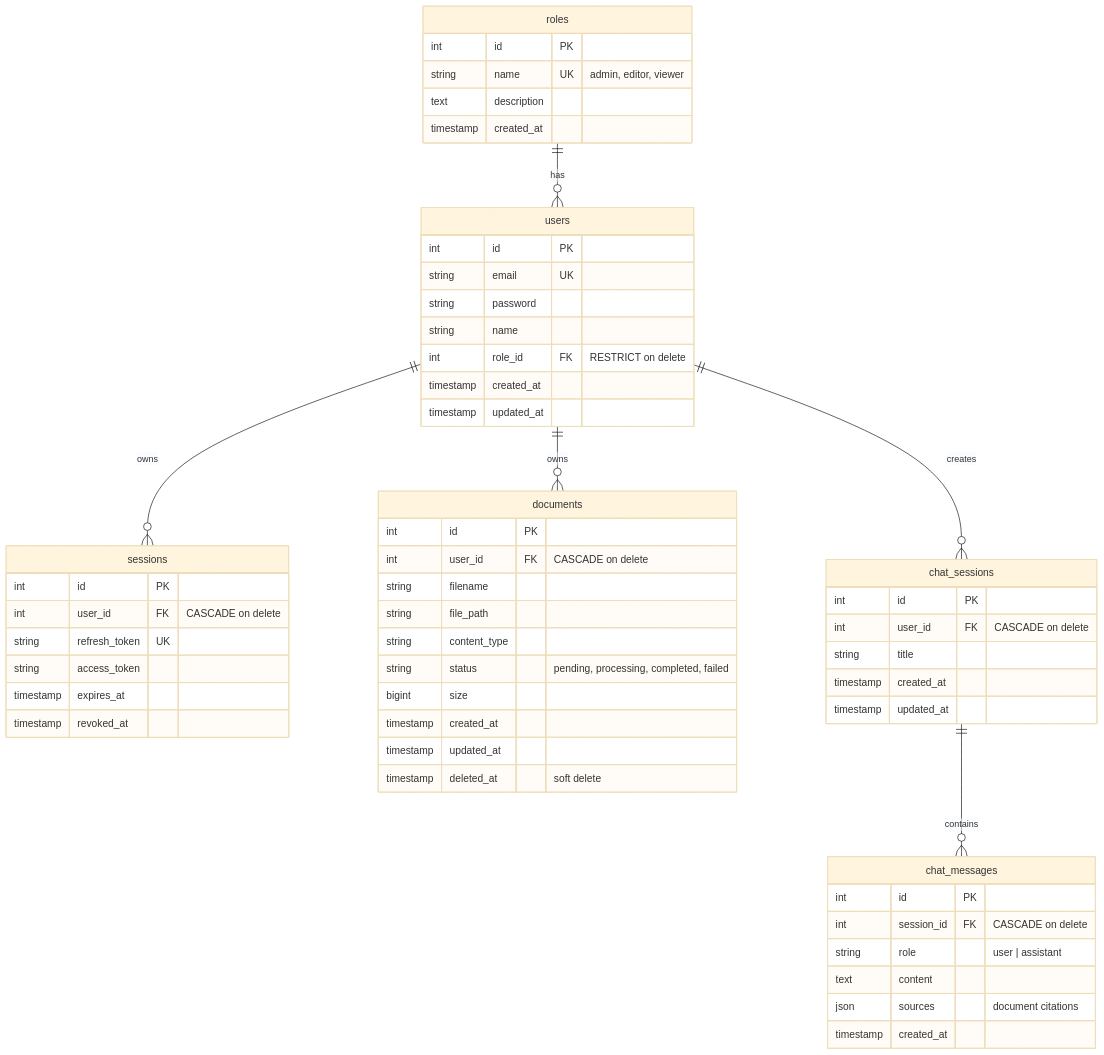
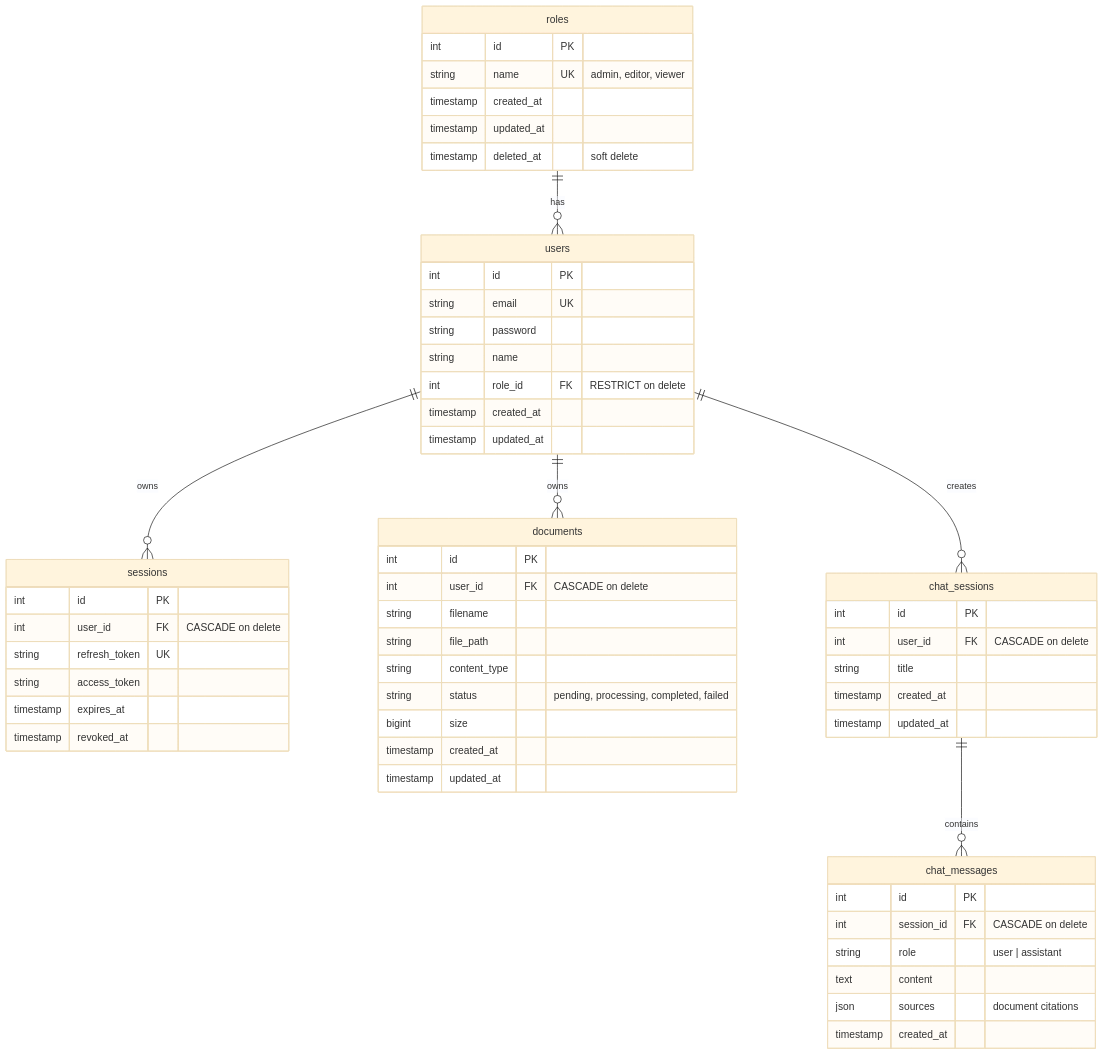
Before and after one commit to whoAngeel/rago: the diagram in docs/database-schema.md, drawn with Mermaid (base theme). The commit also changed other lines of this file and 5 other files, not shown here.

First line of the commit message:
refactor: add DocumentStatus type, FK constraints, and finalize DB schema

````diff
--- a/docs/database-schema.md
+++ b/docs/database-schema.md
@@ -5,64 +5,64 @@
 ```mermaid
 erDiagram
     roles ||--o{ users : "has"
     users ||--o{ sessions : "owns"
     users ||--o{ documents : "owns"
     users ||--o{ chat_sessions : "creates"
     chat_sessions ||--o{ chat_messages : "contains"
 
     roles {
         int id PK
         string name UK "admin, editor, viewer"
-        text description
         timestamp created_at
+        timestamp updated_at
+        timestamp deleted_at "soft delete"
     }
 
     users {
         int id PK
         string email UK
         string password
         string name
         int role_id FK "RESTRICT on delete"
         timestamp created_at
         timestamp updated_at
     }
 
     sessions {
         int id PK
         int user_id FK "CASCADE on delete"
         string refresh_token UK
         string access_token
         timestamp expires_at
         timestamp revoked_at
     }
 
     documents {
         int id PK
         int user_id FK "CASCADE on delete"
         string filename
         string file_path
         string content_type
         string status "pending, processing, completed, failed"
         bigint size
         timestamp created_at
         timestamp updated_at
-        timestamp deleted_at "soft delete"
     }
 
     chat_sessions {
         int id PK
         int user_id FK "CASCADE on delete"
         string title
         timestamp created_at
         timestamp updated_at
     }
 
     chat_messages {
         int id PK
         int session_id FK "CASCADE on delete"
         string role "user | assistant"
         text content
         json sources "document citations"
         timestamp created_at
     }
 ```
````
